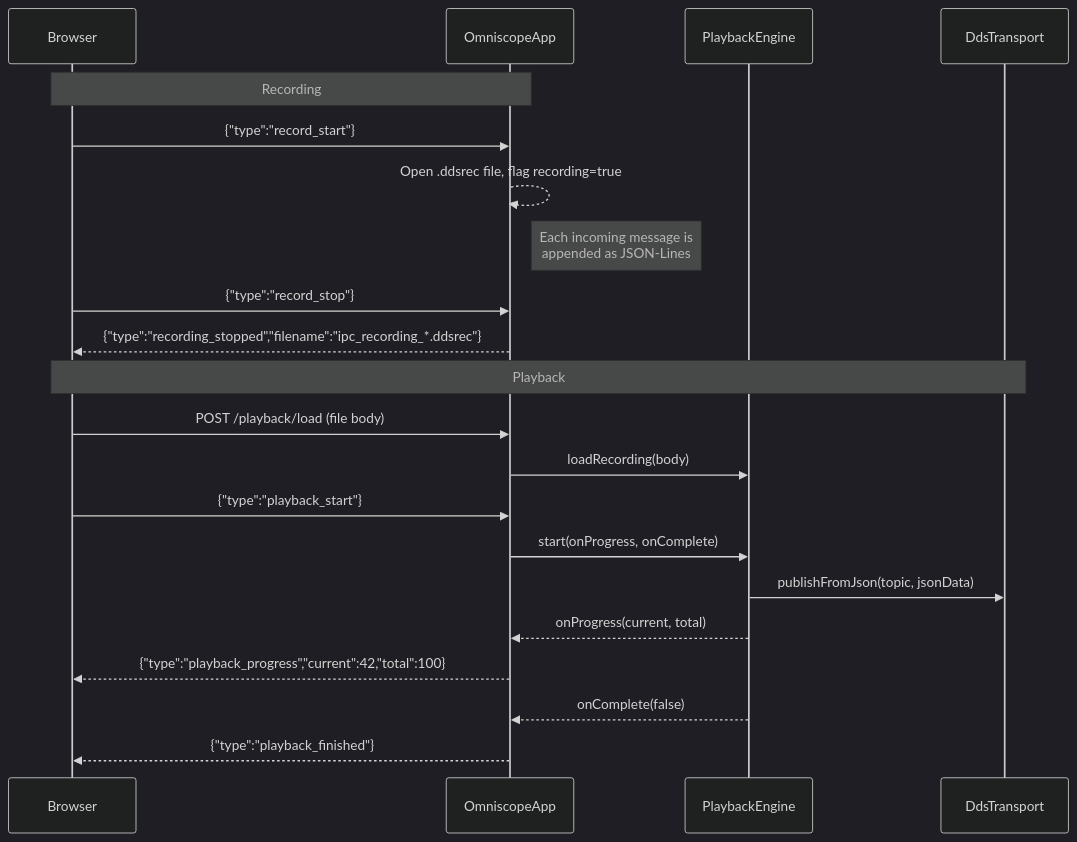
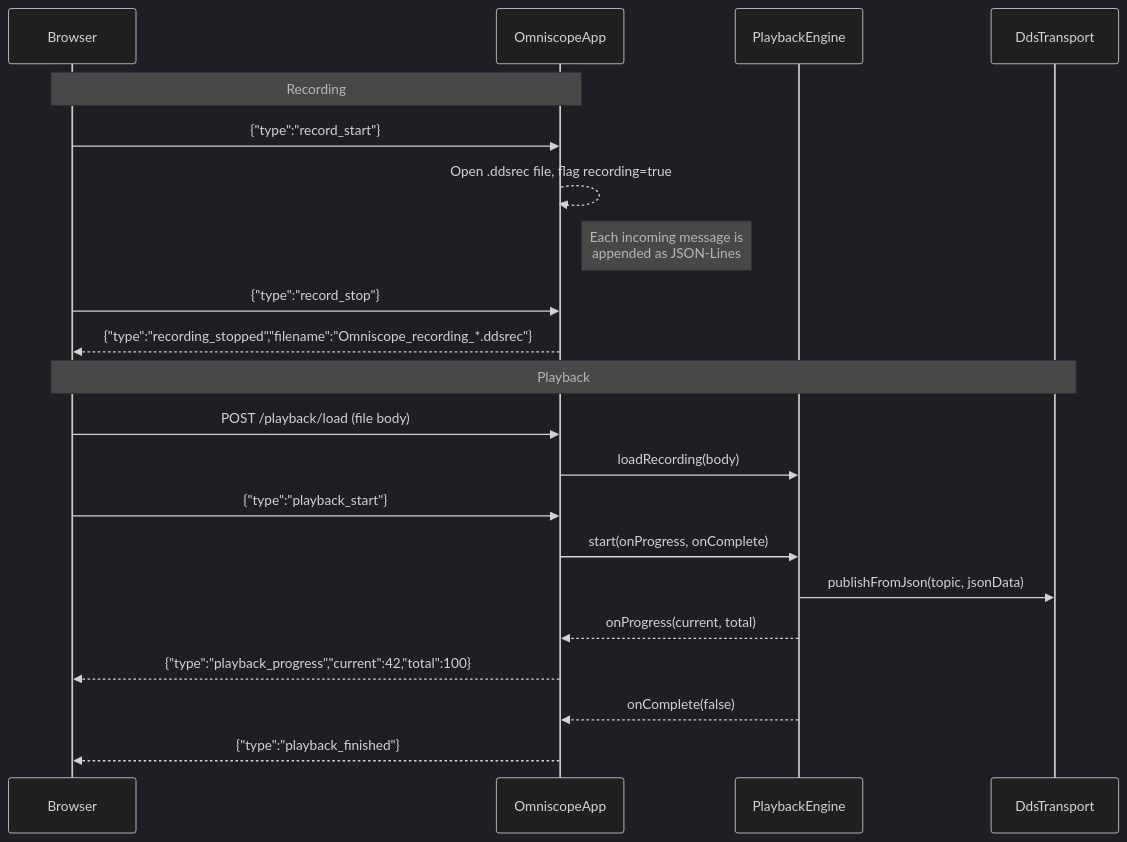
Before and after one commit to sfestenstein/StarterCpp: the fourth of 5 diagrams in src/apps/Omniscope/DESIGN.md, drawn with Mermaid (dark theme). The commit also changed 27 other files, not shown here.

````diff
--- a/src/apps/Omniscope/DESIGN.md
+++ b/src/apps/Omniscope/DESIGN.md
@@ -116,26 +116,26 @@
 ```mermaid
 sequenceDiagram
     participant B as Browser
     participant App as OmniscopeApp
     participant PE as PlaybackEngine
     participant DT as DdsTransport
 
     Note over B,App: Recording
     B->>App: {"type":"record_start"}
     App-->>App: Open .ddsrec file, flag recording=true
     Note right of App: Each incoming message is<br/>appended as JSON-Lines
 
     B->>App: {"type":"record_stop"}
-    App-->>B: {"type":"recording_stopped","filename":"ipc_recording_*.ddsrec"}
+    App-->>B: {"type":"recording_stopped","filename":"Omniscope_recording_*.ddsrec"}
 
     Note over B,DT: Playback
     B->>App: POST /playback/load (file body)
     App->>PE: loadRecording(body)
     B->>App: {"type":"playback_start"}
     App->>PE: start(onProgress, onComplete)
     PE->>DT: publishFromJson(topic, jsonData)
     PE-->>App: onProgress(current, total)
     App-->>B: {"type":"playback_progress","current":42,"total":100}
     PE-->>App: onComplete(false)
     App-->>B: {"type":"playback_finished"}
 ```
````
